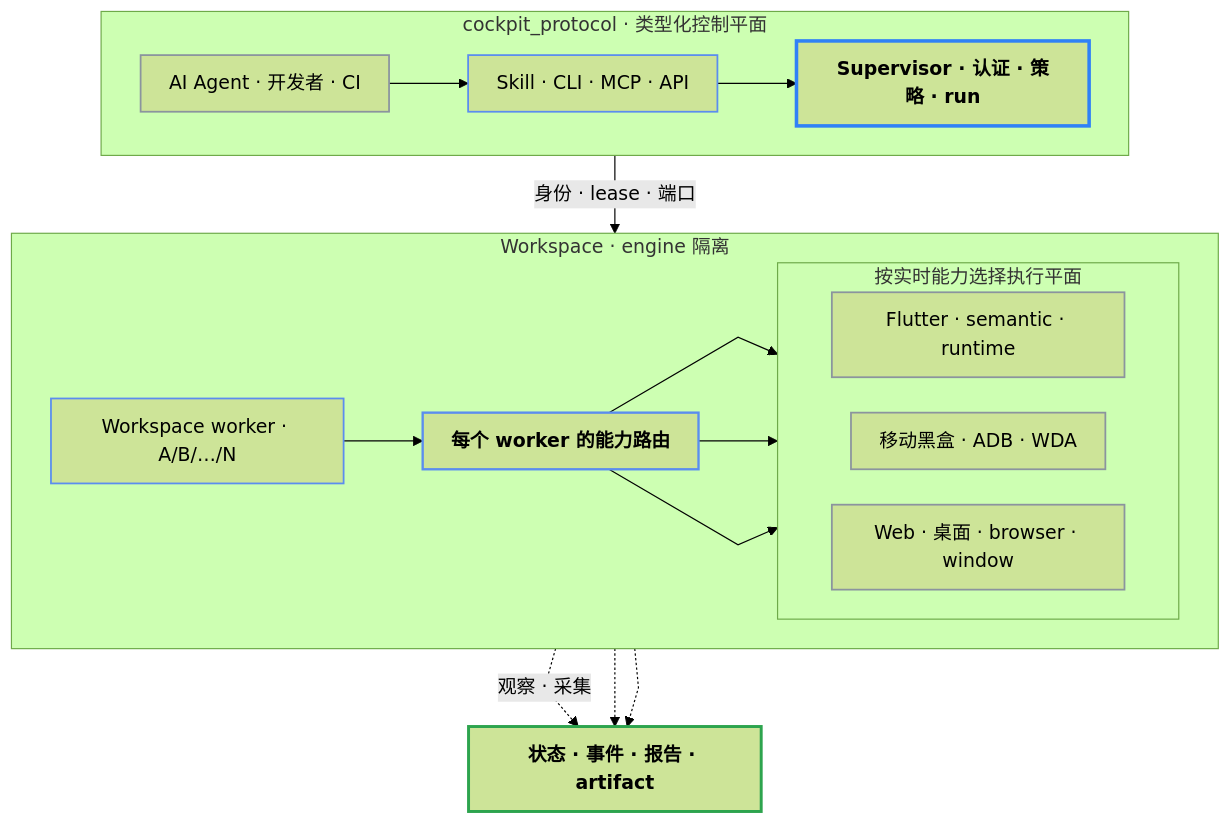
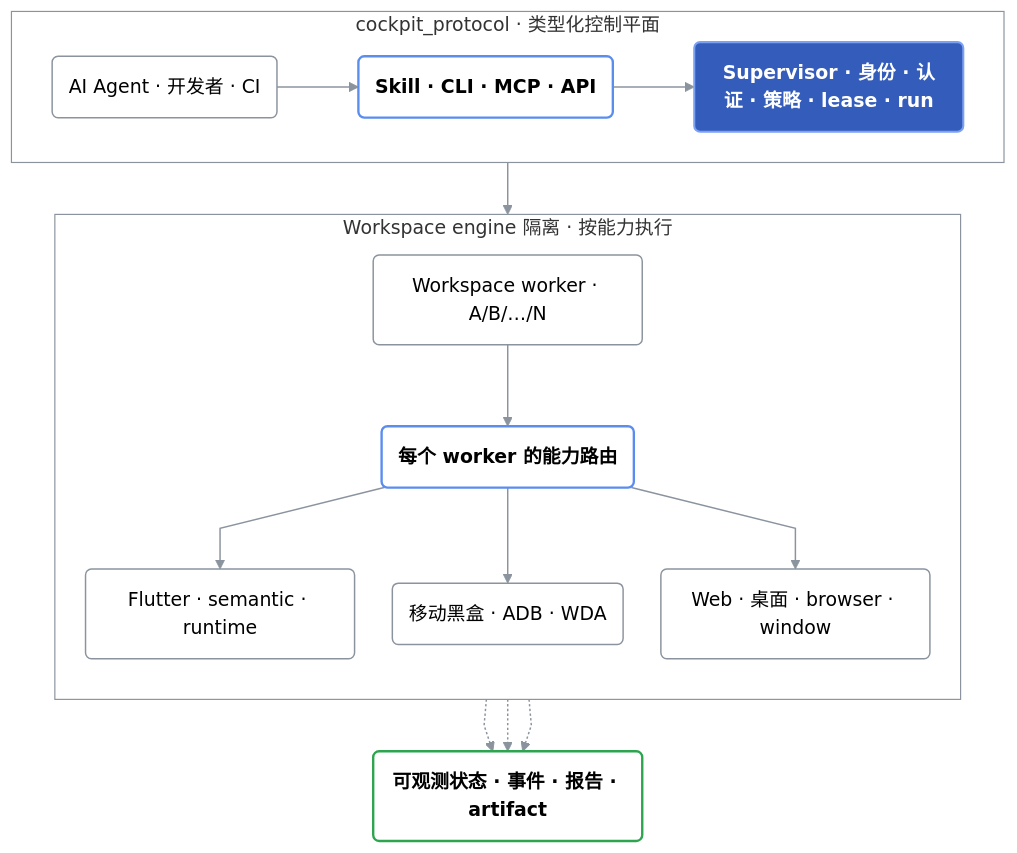
Before and after one commit to cockpit-dev/cockpit: the diagram in README.zh-CN.md, drawn with Mermaid (forest theme). The commit also changed 1 other file, not shown here.

Commit message:
docs: refine adaptive architecture diagram theme

````diff
--- a/README.zh-CN.md
+++ b/README.zh-CN.md
@@ -110,52 +110,46 @@
 ```mermaid
-%%{init: {"flowchart": {"curve": "linear", "nodeSpacing": 30, "rankSpacing": 42, "padding": 12}}}%%
+%%{init: {"flowchart": {"curve": "linear", "nodeSpacing": 32, "rankSpacing": 44, "padding": 14}}}%%
 flowchart TB
   subgraph ControlPath["cockpit_protocol · 类型化控制平面"]
     direction LR
-    Actors["AI Agent · 开发者 · CI"]
-    Surfaces["Skill · CLI · MCP · API"]
-    Supervisor["Supervisor · 认证 · 策略 · run"]
+    Actors("AI Agent · 开发者 · CI")
+    Surfaces("Skill · CLI · MCP · API")
+    Supervisor("Supervisor · 身份 · 认证 · 策略 · lease · run")
     Actors --> Surfaces --> Supervisor
   end
 
-  subgraph RuntimePath["Workspace · engine 隔离"]
-    direction LR
-    Workers["Workspace worker · A/B/…/N"]
-    Router["每个 worker 的能力路由"]
-
-    subgraph Planes["按实时能力选择执行平面"]
-      direction LR
-      Flutter["Flutter · semantic · runtime"]
-      Native["移动黑盒 · ADB · WDA"]
-      Desktop["Web · 桌面 · browser · window"]
-    end
+  subgraph RuntimePath["Workspace engine 隔离 · 按能力执行"]
+    direction TB
+    Workers("Workspace worker · A/B/…/N")
+    Router("每个 worker 的能力路由")
+    Flutter("Flutter · semantic · runtime")
+    Native("移动黑盒 · ADB · WDA")
+    Desktop("Web · 桌面 · browser · window")
 
     Workers --> Router
     Router --> Flutter
     Router --> Native
     Router --> Desktop
   end
 
-  Evidence["状态 · 事件 · 报告 · artifact"]
+  Evidence("可观测状态 · 事件 · 报告 · artifact")
 
-  Supervisor -->|身份 · lease · 端口| Workers
-  Flutter -.->|观察 · 采集| Evidence
+  Supervisor --> Workers
+  Flutter -.-> Evidence
   Native -.-> Evidence
   Desktop -.-> Evidence
 
-  classDef actor stroke:#8B949E,stroke-width:1.5px
-  classDef surface stroke:#5B8DEF,stroke-width:1.5px
-  classDef primary stroke:#2F81F7,stroke-width:3px,font-weight:700
-  classDef control stroke:#5B8DEF,stroke-width:2px,font-weight:600
-  classDef worker stroke:#5B8DEF,stroke-width:1.5px
-  classDef plane stroke:#8B949E,stroke-width:1.5px
-  classDef evidence stroke:#2DA44E,stroke-width:2.5px,font-weight:600
+  classDef neutral fill:transparent,stroke:#8B949E,stroke-width:1.25px
+  classDef accent fill:#345CBA,stroke:#7BA1F2,color:#FFFFFF,stroke-width:1.75px,font-weight:700
+  classDef active fill:transparent,stroke:#5B8DEF,stroke-width:2px,font-weight:600
+  classDef evidence fill:transparent,stroke:#2DA44E,stroke-width:2px,font-weight:600
 
-  class Actors actor
-  class Surfaces surface
-  class Supervisor primary
-  class Router control
-  class Workers worker
-  class Flutter,Native,Desktop plane
+  class Actors,Workers,Flutter,Native,Desktop neutral
+  class Surfaces,Router active
+  class Supervisor accent
   class Evidence evidence
+
+  style ControlPath fill:transparent,stroke:#8B949E,stroke-width:1px
+  style RuntimePath fill:transparent,stroke:#8B949E,stroke-width:1px
+  linkStyle default stroke:#8B949E,stroke-width:1.25px
 ```
````
